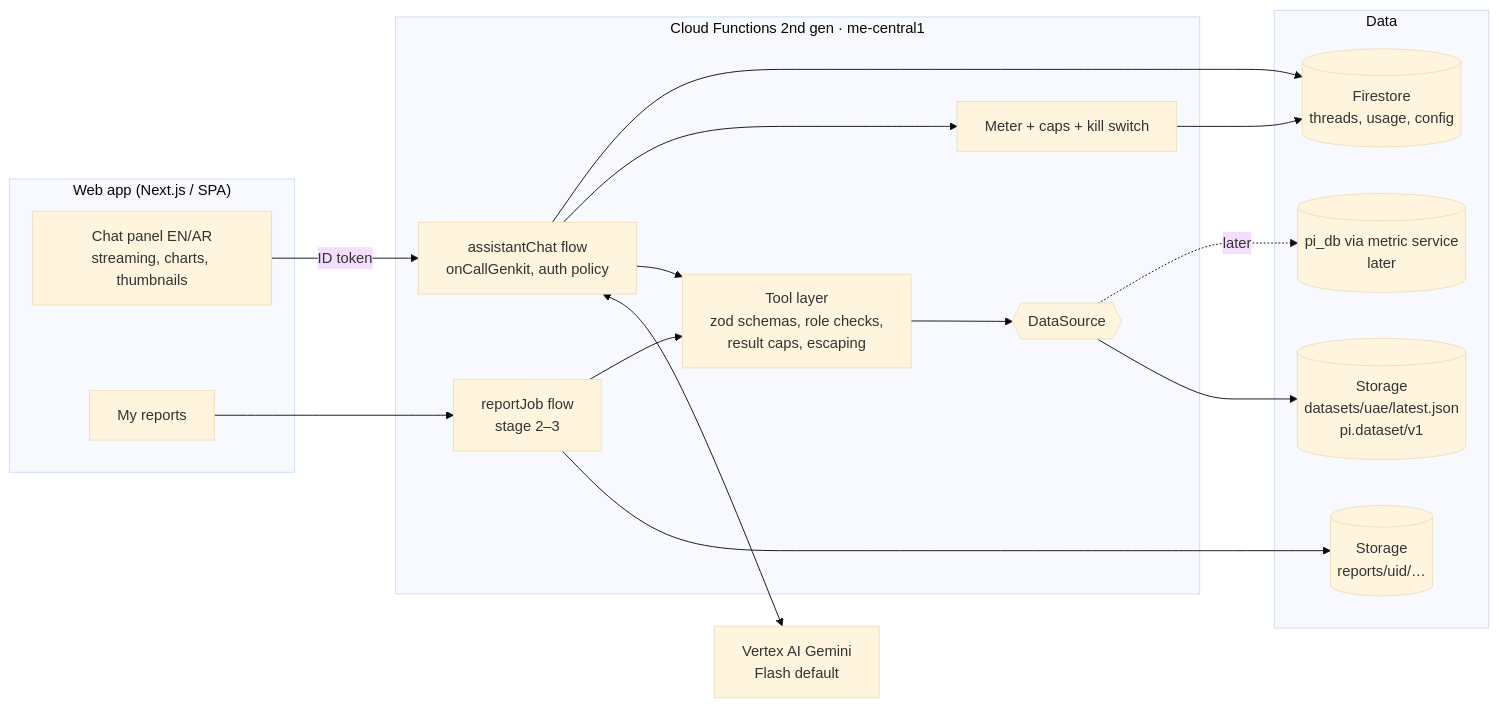
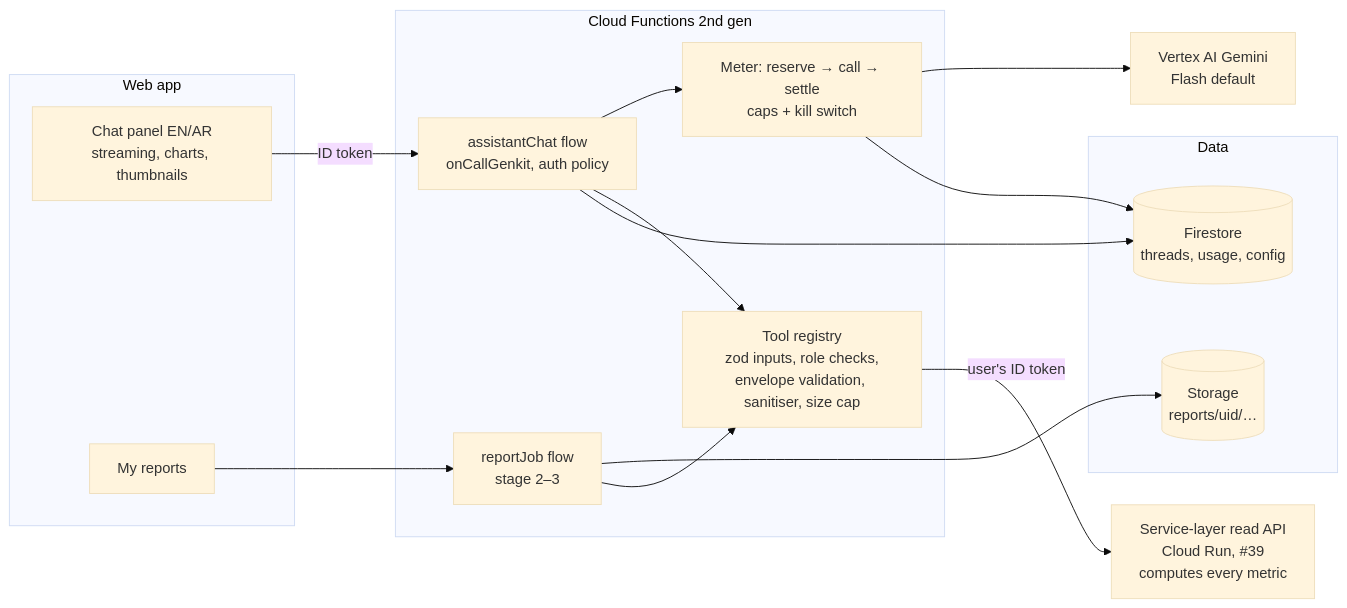
One commit to muttonkodibiriyani/product_intelligence changed the diagram in docs/design/ai-assistant.md. Above: the diagram before and after it, drawn with Mermaid (base theme). The commit also changed other lines of this file, not shown here.

First line of the commit message:
docs(assistant): revision 2, service-layer data path and Reviewer changes

````diff
--- a/docs/design/ai-assistant.md
+++ b/docs/design/ai-assistant.md
@@ -58,30 +59,26 @@
 ```mermaid
 flowchart LR
-  subgraph Browser["Web app (Next.js / SPA)"]
+  subgraph Browser["Web app"]
     UI[Chat panel EN/AR<br/>streaming, charts, thumbnails]
     MR[My reports]
   end
-  subgraph Fn["Cloud Functions 2nd gen · me-central1"]
+  subgraph Fn["Cloud Functions 2nd gen"]
     G[assistantChat flow<br/>onCallGenkit, auth policy]
     RP[reportJob flow<br/>stage 2–3]
-    T[Tool layer<br/>zod schemas, role checks,<br/>result caps, escaping]
-    DS{{DataSource}}
-    MET[Meter + caps + kill switch]
+    T[Tool registry<br/>zod inputs, role checks,<br/>envelope validation, sanitiser, size cap]
+    MET[Meter: reserve → call → settle<br/>caps + kill switch]
   end
+  API[Service-layer read API<br/>Cloud Run, #39<br/>computes every metric]
   subgraph Data
-    SNAP[(Storage<br/>datasets/uae/latest.json<br/>pi.dataset/v1)]
-    PIDB[(pi_db via metric service<br/>later)]
     FS[(Firestore<br/>threads, usage, config)]
     RS[(Storage<br/>reports/uid/…)]
   end
   VX[Vertex AI Gemini<br/>Flash default]
   UI -- ID token --> G
-  G <--> VX
-  G --> T --> DS
-  DS --> SNAP
-  DS -. later .-> PIDB
-  G --> MET --> FS
+  G --> MET --> VX
+  MET --> FS
+  G --> T -- user's ID token --> API
   G --> FS
   MR --> RP --> RS
   RP --> T
 ```
````
